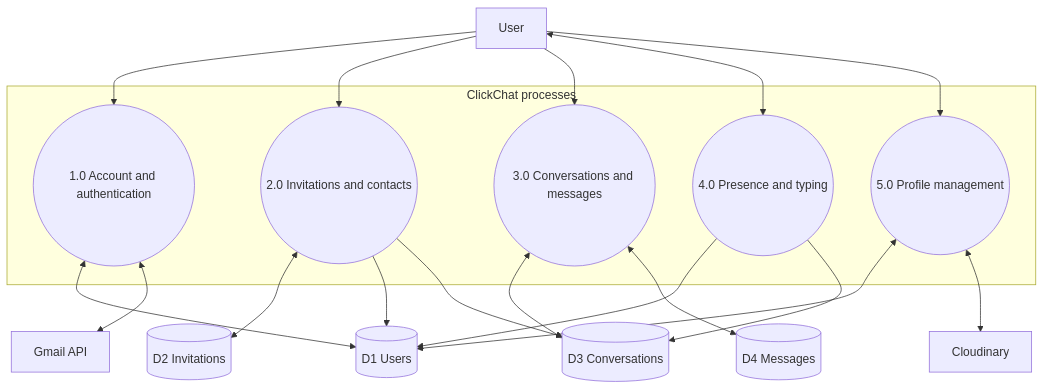
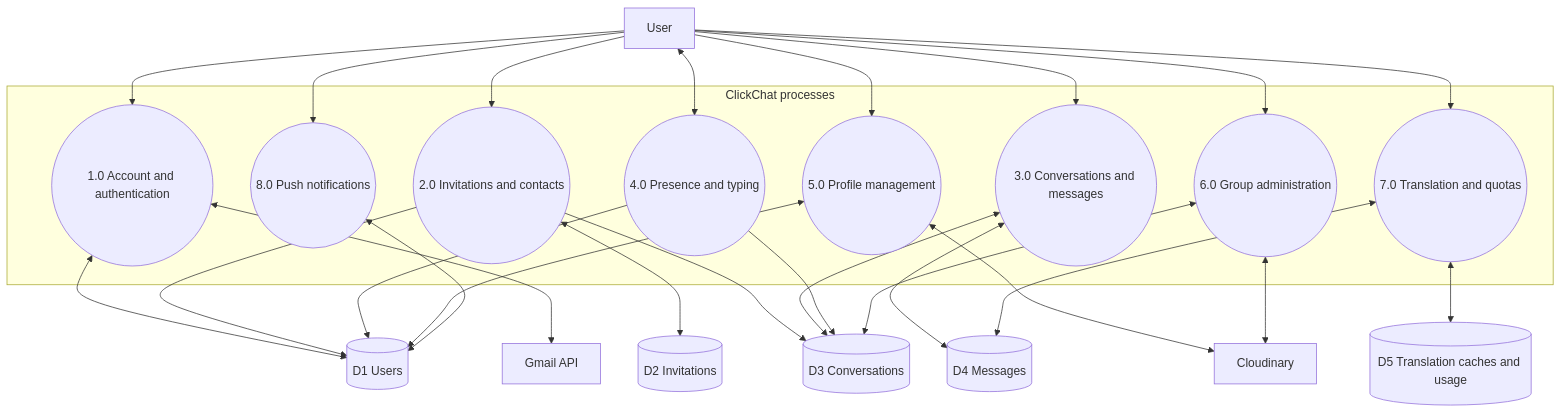
Before and after one commit to Saurav11343/click-chat: the fifth of 26 diagrams in docs/10-diagram-catalog.md, drawn with Mermaid. The commit also changed other lines of this file and 11 other files, not shown here.

Commit message:
update diagrams

````diff
--- a/docs/10-diagram-catalog.md
+++ b/docs/10-diagram-catalog.md
@@ -128,40 +157,52 @@
 ```mermaid
 flowchart TB
     User["User"]
 
     subgraph Processes["ClickChat processes"]
         Auth(("1.0 Account and authentication"))
         Network(("2.0 Invitations and contacts"))
         Messaging(("3.0 Conversations and messages"))
         Realtime(("4.0 Presence and typing"))
         Profiles(("5.0 Profile management"))
+        Groups(("6.0 Group administration"))
+        Translation(("7.0 Translation and quotas"))
+        Notifications(("8.0 Push notifications"))
     end
 
     Users[("D1 Users")]
     Invitations[("D2 Invitations")]
     Conversations[("D3 Conversations")]
     Messages[("D4 Messages")]
+    Translations[("D5 Translation caches and usage")]
     Gmail["Gmail API"]
     Cloudinary["Cloudinary"]
 
     User --> Auth
     Auth <--> Users
     Auth <--> Gmail
 
     User --> Network
     Network <--> Invitations
     Network --> Users
     Network --> Conversations
 
     User --> Messaging
     Messaging <--> Conversations
     Messaging <--> Messages
 
     User <--> Realtime
     Realtime --> Users
     Realtime --> Conversations
 
     User --> Profiles
     Profiles <--> Users
     Profiles <--> Cloudinary
+    User --> Groups
+    Groups <--> Conversations
+    Groups <--> Cloudinary
+    User --> Translation
+    Translation <--> Messages
+    Translation <--> Translations
+    User --> Notifications
+    Notifications <--> Users
 ```
````
